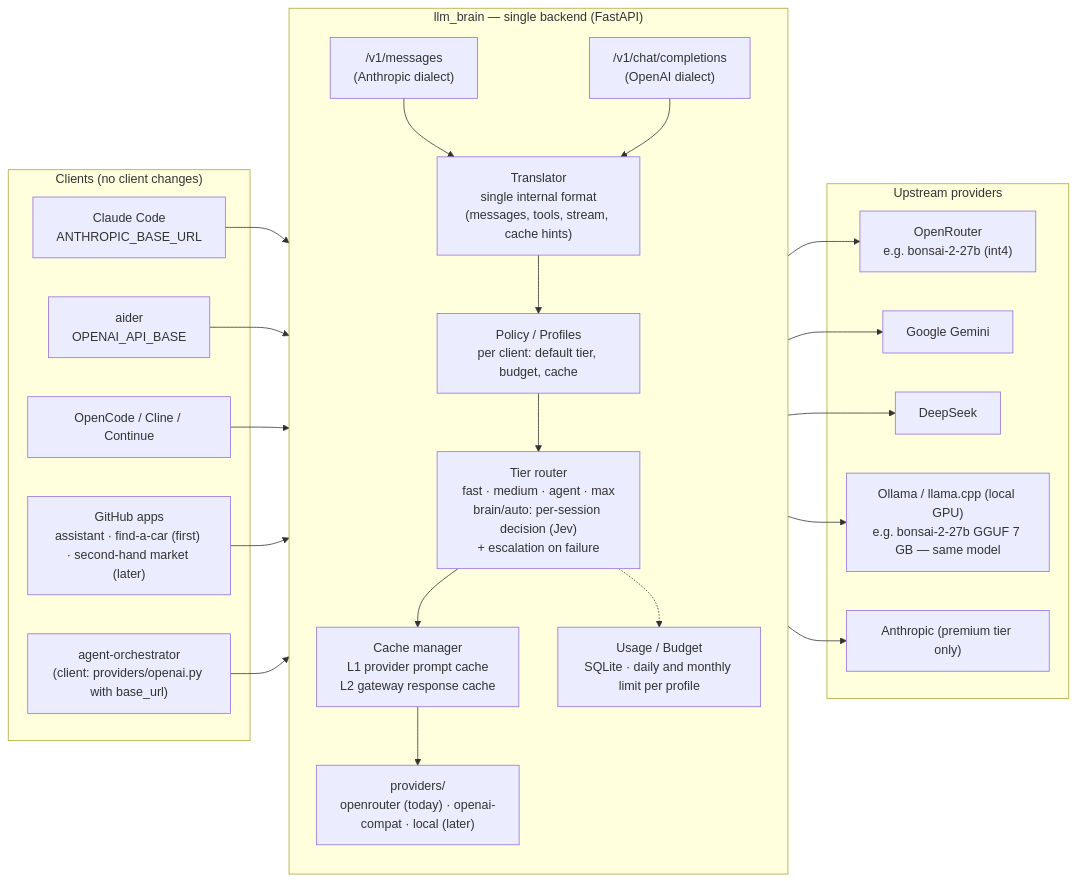
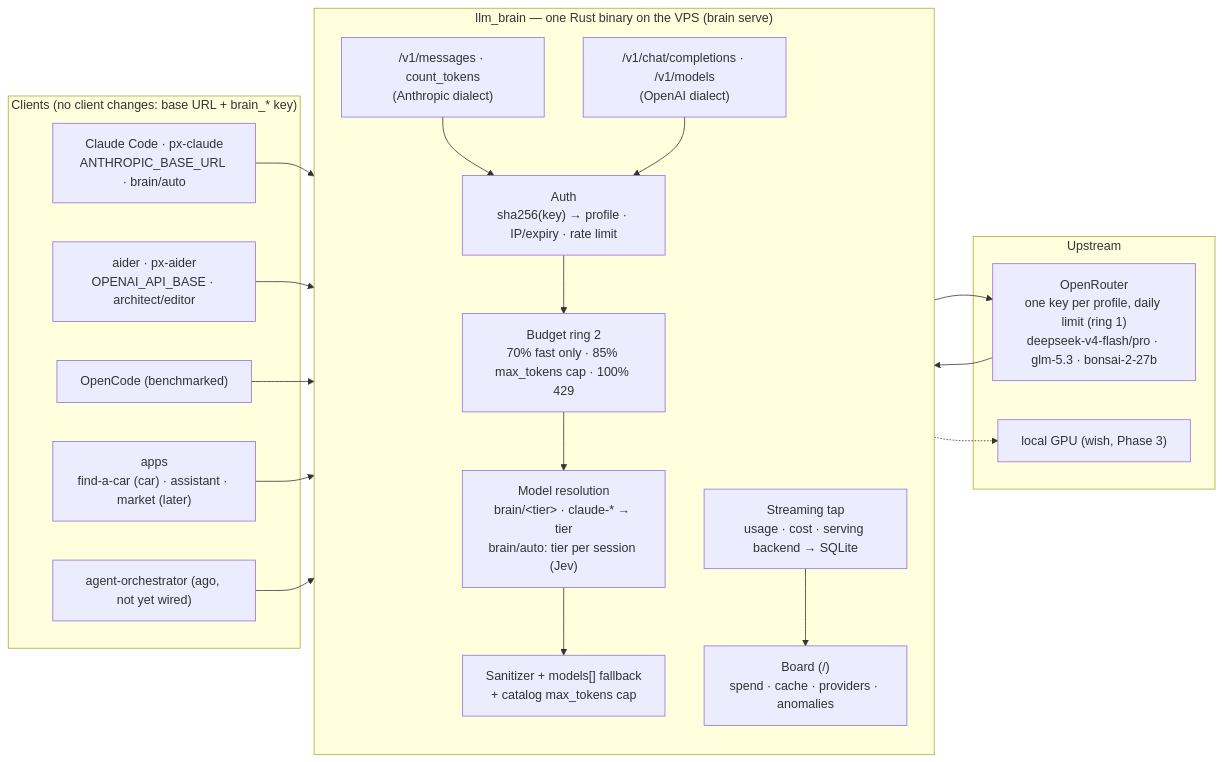
One commit to pjcau/llm_brain changed the diagram in docs/architecture/api-layer.md. Above: the diagram before and after it, drawn with Mermaid. The commit also changed other lines of this file and 42 other files, not shown here.

````diff
--- a/docs/architecture/api-layer.md
+++ b/docs/architecture/api-layer.md
@@ -12,42 +14,33 @@
 ```mermaid
 flowchart LR
-    subgraph CLIENTS["Clients (no client changes)"]
-        CC["Claude Code<br/>ANTHROPIC_BASE_URL"]
-        AID["aider<br/>OPENAI_API_BASE"]
-        OC["OpenCode / Cline / Continue"]
-        APPS["GitHub apps<br/>assistant · find-a-car (first) · second-hand market (later)"]
-        AGO["agent-orchestrator<br/>(client: providers/openai.py with base_url)"]
+    subgraph CLIENTS["Clients (no client changes: base URL + brain_* key)"]
+        CC["Claude Code · px-claude<br/>ANTHROPIC_BASE_URL · brain/auto"]
+        AID["aider · px-aider<br/>OPENAI_API_BASE · architect/editor"]
+        OC["OpenCode (benchmarked)"]
+        APPS["apps<br/>find-a-car (car) · assistant · market (later)"]
+        AGO["agent-orchestrator (ago, not yet wired)"]
     end
 
-    subgraph BRAIN["llm_brain — single backend (FastAPI)"]
+    subgraph BRAIN["llm_brain — one Rust binary on the VPS (brain serve)"]
         direction TB
-        EP_A["/v1/messages<br/>(Anthropic dialect)"]
-        EP_O["/v1/chat/completions<br/>(OpenAI dialect)"]
-        TR["Translator<br/>single internal format<br/>(messages, tools, stream, cache hints)"]
-        POL["Policy / Profiles<br/>per client: default tier, budget, cache"]
-        RT["Tier router<br/>fast · medium · agent · max<br/>brain/auto: per-session decision (Jev)<br/>+ escalation on failure"]
-        CACHE["Cache manager<br/>L1 provider prompt cache<br/>L2 gateway response cache"]
-        USG["Usage / Budget<br/>SQLite · daily and monthly limit per profile"]
-        PV["providers/<br/>openrouter (today) · openai-compat · local (later)"]
+        EP_A["/v1/messages · count_tokens<br/>(Anthropic dialect)"]
+        EP_O["/v1/chat/completions · /v1/models<br/>(OpenAI dialect)"]
+        AUTH["Auth<br/>sha256(key) → profile · IP/expiry · rate limit"]
+        BUD["Budget ring 2<br/>70% fast only · 85% max_tokens cap · 100% 429"]
+        RT["Model resolution<br/>brain/&lt;tier&gt; · claude-* → tier<br/>brain/auto: tier per session (Jev)"]
+        SAN["Sanitizer + models[] fallback<br/>+ catalog max_tokens cap"]
+        TAP["Streaming tap<br/>usage · cost · serving backend → SQLite"]
+        BOARD["Board (/)<br/>spend · cache · providers · anomalies"]
     end
 
-    subgraph UPSTREAM["Upstream providers"]
-        OR["OpenRouter<br/>e.g. bonsai-2-27b (int4)"]
-        GG["Google Gemini"]
-        DS["DeepSeek"]
-        OL["Ollama / llama.cpp (local GPU)<br/>e.g. bonsai-2-27b GGUF 7 GB — same model"]
-        AN["Anthropic (premium tier only)"]
+    subgraph UPSTREAM["Upstream"]
+        OR["OpenRouter<br/>one key per profile, daily limit (ring 1)<br/>deepseek-v4-flash/pro · glm-5.3 · bonsai-2-27b"]
+        OL["local GPU (wish, Phase 3)"]
     end
 
     CC --> EP_A
-    AID --> EP_O
-    OC --> EP_O
-    APPS --> EP_O
-    AGO --> EP_O
-    EP_A --> TR
-    EP_O --> TR
-    TR --> POL --> RT
-    RT --> CACHE --> PV
-    RT -.-> USG
-    PV --> OR & GG & DS & OL & AN
+    AID & OC & APPS & AGO --> EP_O
+    EP_A & EP_O --> AUTH --> BUD --> RT --> SAN --> OR
+    OR --> TAP --> BOARD
+    SAN -.-> OL
 ```
````
